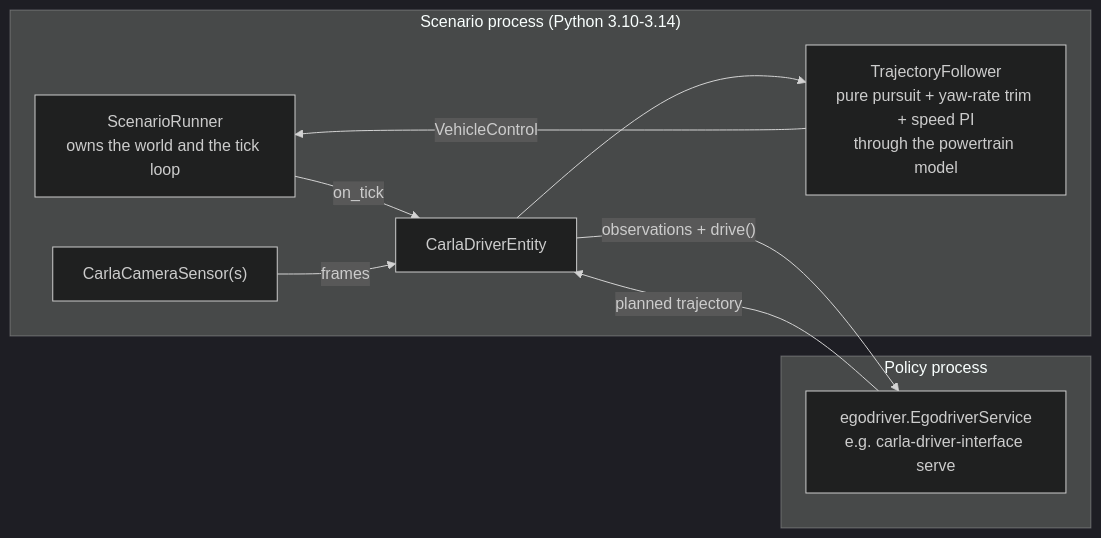
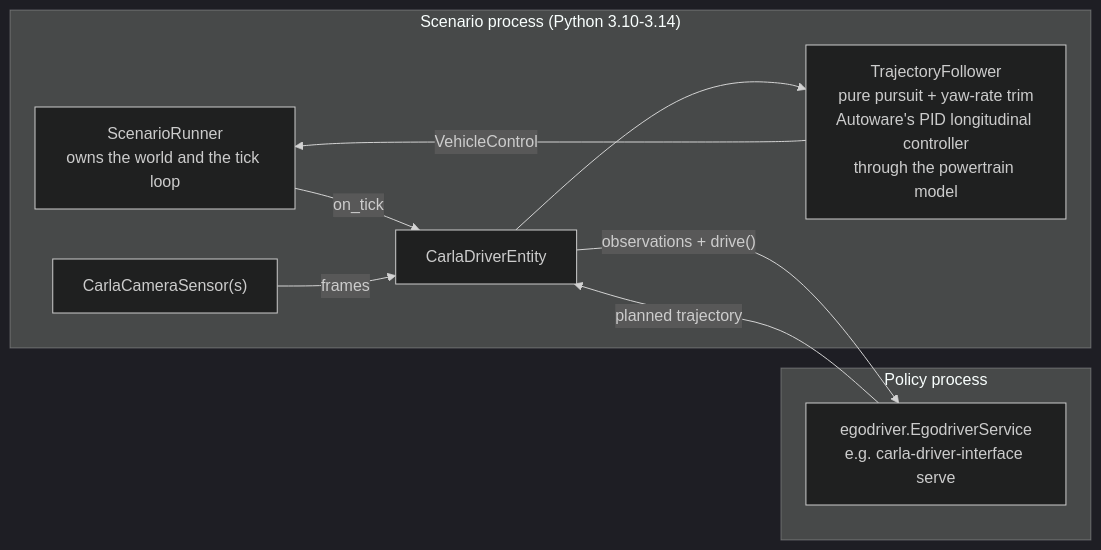
One commit to autowarefoundation/autoware_carla_scenario changed the diagram in autoware_carla_scenario/docs/driver_interface.md. Above: the diagram before and after it, drawn with Mermaid (dark theme). The commit also changed other lines of this file and 13 other files, not shown here.

````diff
--- a/autoware_carla_scenario/docs/driver_interface.md
+++ b/autoware_carla_scenario/docs/driver_interface.md
@@ -33,20 +33,20 @@
 ```mermaid
 flowchart LR
     subgraph scenario["Scenario process (Python 3.10-3.14)"]
         SR["ScenarioRunner<br/>owns the world and the tick loop"]
         CDE["CarlaDriverEntity"]
         CAM["CarlaCameraSensor(s)"]
-        TF["TrajectoryFollower<br/>pure pursuit + yaw-rate trim + speed PI<br/>through the powertrain model"]
+        TF["TrajectoryFollower<br/>pure pursuit + yaw-rate trim<br/>Autoware's PID longitudinal controller<br/>through the powertrain model"]
         SR -->|on_tick| CDE
         CAM -->|frames| CDE
         CDE --> TF
         TF -->|VehicleControl| SR
     end
 
     subgraph policy["Policy process"]
         P["egodriver.EgodriverService<br/>e.g. carla-driver-interface serve"]
     end
 
     CDE -->|"observations + drive()"| P
     P -->|"planned trajectory"| CDE
 ```
````
